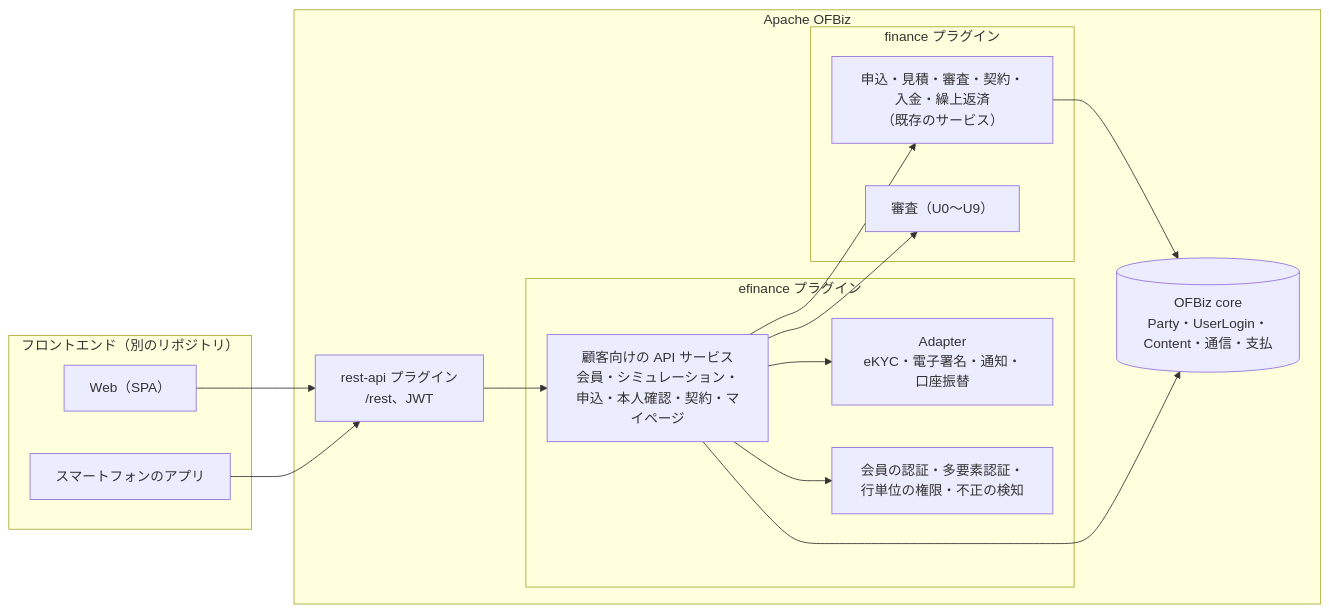
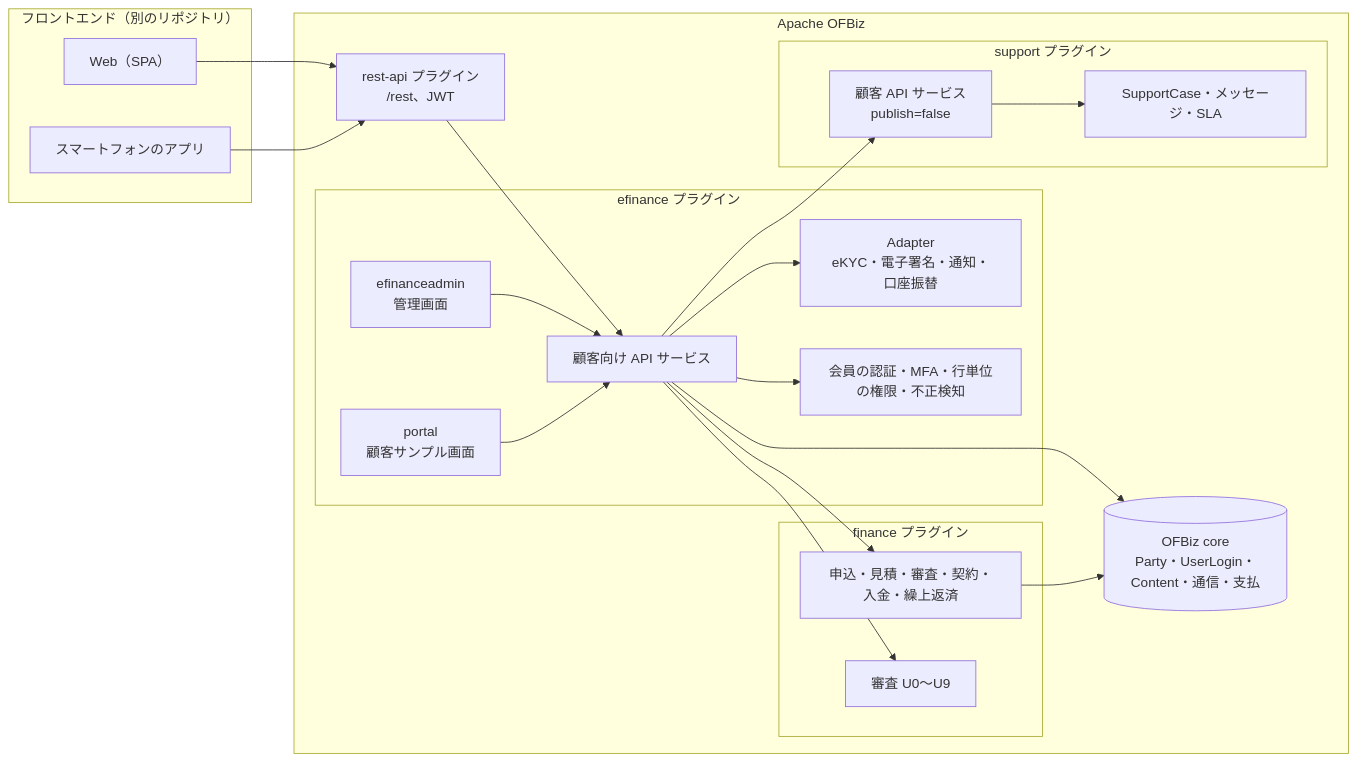
One commit to naofum/ofbiz-plugins-efinance changed the first of 2 diagrams in REQUIREMENTS_EFINANCE.md. Above: the diagram before and after it, drawn with Mermaid. The commit also changed other lines of this file and 14 other files, not shown here.

````diff
--- a/REQUIREMENTS_EFINANCE.md
+++ b/REQUIREMENTS_EFINANCE.md
@@ -38,29 +89,39 @@
 ```mermaid
 flowchart LR
     subgraph FRONT[フロントエンド（別のリポジトリ）]
         SPA[Web（SPA）]
         APPM[スマートフォンのアプリ]
     end
     subgraph OFBIZ[Apache OFBiz]
         REST[rest-api プラグイン<br/>/rest、JWT]
         subgraph EF[efinance プラグイン]
-            API[顧客向けの API サービス<br/>会員・シミュレーション・申込・本人確認・契約・マイページ]
+            API[顧客向け API サービス]
             AD[Adapter<br/>eKYC・電子署名・通知・口座振替]
-            SEC[会員の認証・多要素認証・行単位の権限・不正の検知]
+            SEC[会員の認証・MFA・行単位の権限・不正検知]
+            ADMIN[efinanceadmin<br/>管理画面]
+            PORTAL[portal<br/>顧客サンプル画面]
         end
         subgraph FIN[finance プラグイン]
-            SVC[申込・見積・審査・契約・入金・繰上返済<br/>（既存のサービス）]
-            UW[審査（U0〜U9）]
+            SVC[申込・見積・審査・契約・入金・繰上返済]
+            UW[審査 U0〜U9]
+        end
+        subgraph SUP[support プラグイン]
+            SCS[SupportCase・メッセージ・SLA]
+            SAPI[顧客 API サービス<br/>publish=false]
         end
         CORE[(OFBiz core<br/>Party・UserLogin・Content・通信・支払)]
     end
     SPA --> REST
     APPM --> REST
     REST --> API
     API --> SEC
     API --> AD
     API --> SVC
     API --> UW
+    API --> SAPI
+    API --> CORE
+    ADMIN --> API
+    PORTAL --> API
+    SAPI --> SCS
     SVC --> CORE
-    API --> CORE
 ```
````
